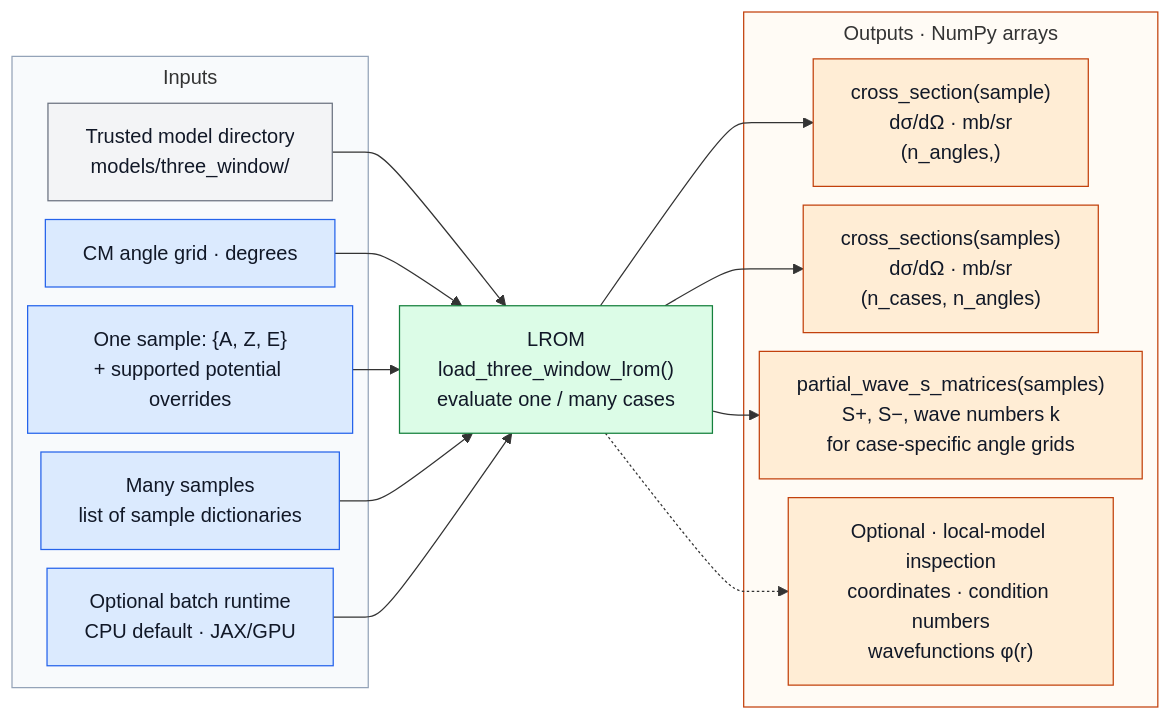
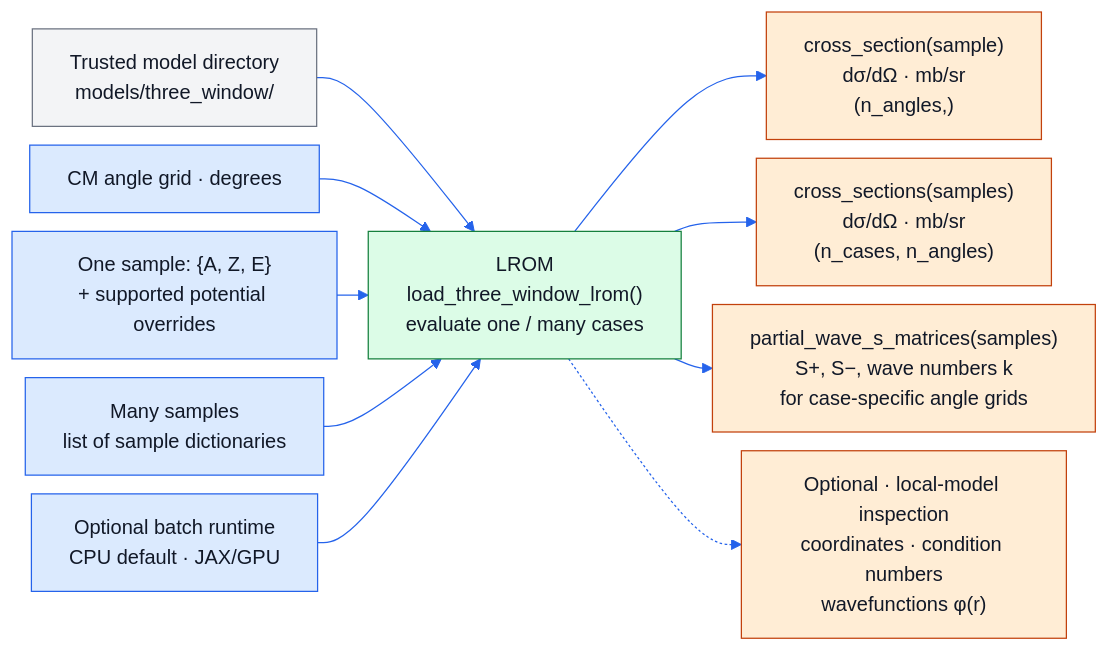
The second of 2 diagrams in CleanCode/docs/LROM_IN_NUCLEAR_THEORY.md (nitrogen5052/Learning-Reduced-Order-Models), drawn with Mermaid before and after one commit. The commit also changed other lines of this file, not shown here.

Commit message:
Use blue diagram arrows and remove I/O subgraphs

````diff
--- a/CleanCode/docs/LROM_IN_NUCLEAR_THEORY.md
+++ b/CleanCode/docs/LROM_IN_NUCLEAR_THEORY.md
@@ -53,41 +54,36 @@
 ```mermaid
-%%{init: {"flowchart": {"nodeSpacing": 15, "rankSpacing": 25, "subGraphTitleMargin": {"top": 5, "bottom": 15}}}}%%
+%%{init: {"themeVariables": {"lineColor": "#2563EB"}, "flowchart": {"nodeSpacing": 15, "rankSpacing": 25}}}%%
 flowchart LR
-    subgraph inputs["Inputs"]
-        modeldir["Trusted model directory<br/>models/three_window/"]
-        angles["CM angle grid · degrees"]
-        sample["One sample: {A, Z, E}<br/>+ supported potential overrides"]
-        samples["Many samples<br/>list of sample dictionaries"]
-        runtime["Optional batch runtime<br/>CPU default · JAX/GPU"]
-    end
+    modeldir["Trusted model directory<br/>models/three_window/"]
+    angles["CM angle grid · degrees"]
+    sample["One sample: {A, Z, E}<br/>+ supported potential overrides"]
+    samples["Many samples<br/>list of sample dictionaries"]
+    runtime["Optional batch runtime<br/>CPU default · JAX/GPU"]
 
     lrom["LROM<br/>load_three_window_lrom()<br/>evaluate one / many cases"]
 
-    subgraph outputs["Outputs · NumPy arrays"]
-        one["cross_section(sample)<br/>dσ/dΩ · mb/sr<br/>(n_angles,)"]
-        many["cross_sections(samples)<br/>dσ/dΩ · mb/sr<br/>(n_cases, n_angles)"]
-        partial["partial_wave_s_matrices(samples)<br/>S+, S−, wave numbers k<br/>for case-specific angle grids"]
-        inspect["Optional · local-model inspection<br/>coordinates · condition numbers<br/>wavefunctions φ(r)"]
-    end
+    one["cross_section(sample)<br/>dσ/dΩ · mb/sr<br/>(n_angles,)"]
+    many["cross_sections(samples)<br/>dσ/dΩ · mb/sr<br/>(n_cases, n_angles)"]
+    partial["partial_wave_s_matrices(samples)<br/>S+, S−, wave numbers k<br/>for case-specific angle grids"]
+    inspect["Optional · local-model inspection<br/>coordinates · condition numbers<br/>wavefunctions φ(r)"]
 
     modeldir --> lrom
     angles --> lrom
     sample --> lrom
     samples --> lrom
     runtime --> lrom
     lrom --> one
     lrom --> many
     lrom --> partial
     lrom -.-> inspect
 
+    linkStyle default stroke:#2563EB
     classDef physics fill:#DBEAFE,stroke:#2563EB,color:#111827
     classDef model fill:#DCFCE7,stroke:#15803D,color:#111827
     classDef result fill:#FFEDD5,stroke:#C2410C,color:#111827
     classDef artifact fill:#F3F4F6,stroke:#6B7280,color:#111827
     class angles,sample,samples,runtime physics
     class lrom model
     class one,many,partial,inspect result
     class modeldir artifact
-    style inputs fill:#F8FAFC,stroke:#94A3B8
-    style outputs fill:#FFFBF5,stroke:#C2410C
 ```
````
